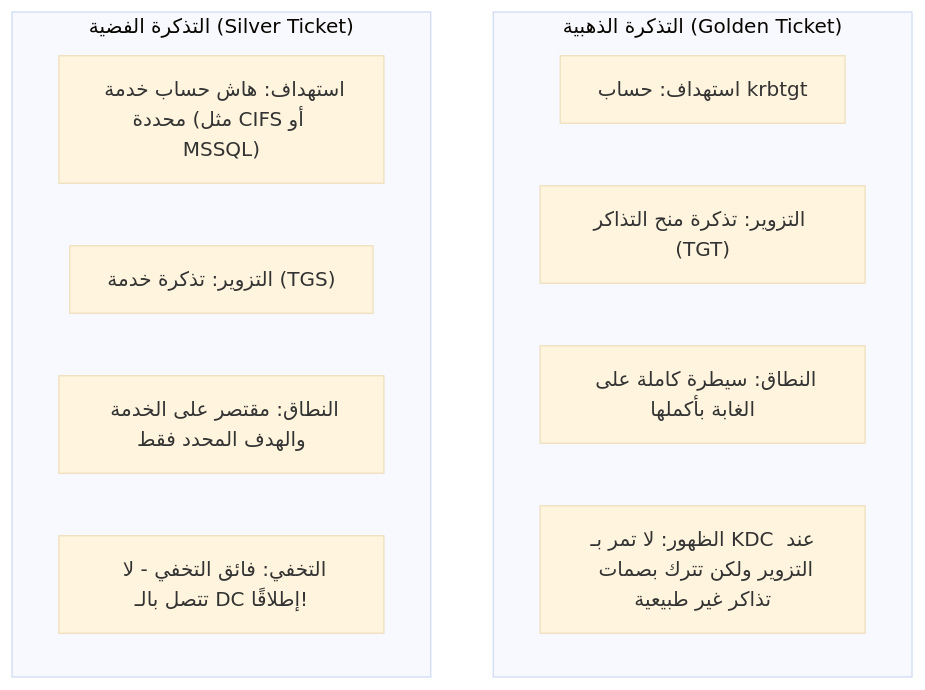
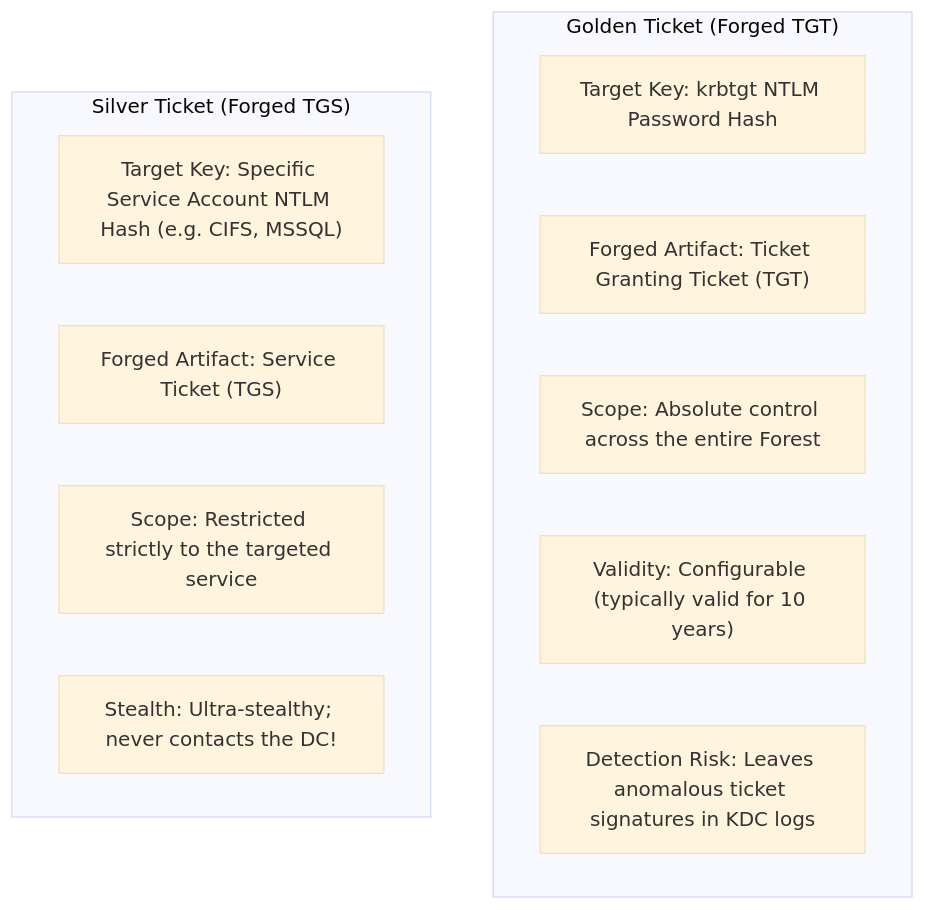
The third of 3 diagrams in _posts/2026-11-12-ecppt-v3-part-4-active-directory-penetration-testing.md (3bdo-fathi/3bdo-fathi.github.io), drawn with Mermaid (base theme) before and after one commit. The commit also changed other lines of this file and 11 other files, not shown here.

````diff
--- a/_posts/2026-11-12-ecppt-v3-part-4-active-directory-penetration-testing.md
+++ b/_posts/2026-11-12-ecppt-v3-part-4-active-directory-penetration-testing.md
@@ -216,16 +210,17 @@
 ```mermaid
 flowchart TD
-    subgraph GoldenTicket ["التذكرة الذهبية (Golden Ticket)"]
-        G1["استهداف: حساب krbtgt"]
-        G2["التزوير: تذكرة منح التذاكر (TGT)"]
-        G3["النطاق: سيطرة كاملة على الغابة بأكملها"]
-        G4["الظهور: لا تمر بـ KDC عند التزوير ولكن تترك بصمات تذاكر غير طبيعية"]
+    subgraph GoldenTicket ["Golden Ticket (Forged TGT)"]
+        G1["Target Key: krbtgt NTLM Password Hash"]
+        G2["Forged Artifact: Ticket Granting Ticket (TGT)"]
+        G3["Scope: Absolute control across the entire Forest"]
+        G4["Validity: Configurable (typically valid for 10 years)"]
+        G5["Detection Risk: Leaves anomalous ticket signatures in KDC logs"]
     end
     
-    subgraph SilverTicket ["التذكرة الفضية (Silver Ticket)"]
-        S1["استهداف: هاش حساب خدمة محددة (مثل CIFS أو MSSQL)"]
-        S2["التزوير: تذكرة خدمة (TGS)"]
-        S3["النطاق: مقتصر على الخدمة والهدف المحدد فقط"]
-        S4["التخفي: فائق التخفي - لا تتصل بالـ DC إطلاقًا!"]
+    subgraph SilverTicket ["Silver Ticket (Forged TGS)"]
+        S1["Target Key: Specific Service Account NTLM Hash (e.g. CIFS, MSSQL)"]
+        S2["Forged Artifact: Service Ticket (TGS)"]
+        S3["Scope: Restricted strictly to the targeted service"]
+        S4["Stealth: Ultra-stealthy; never contacts the DC!"]
     end
 ```
````
